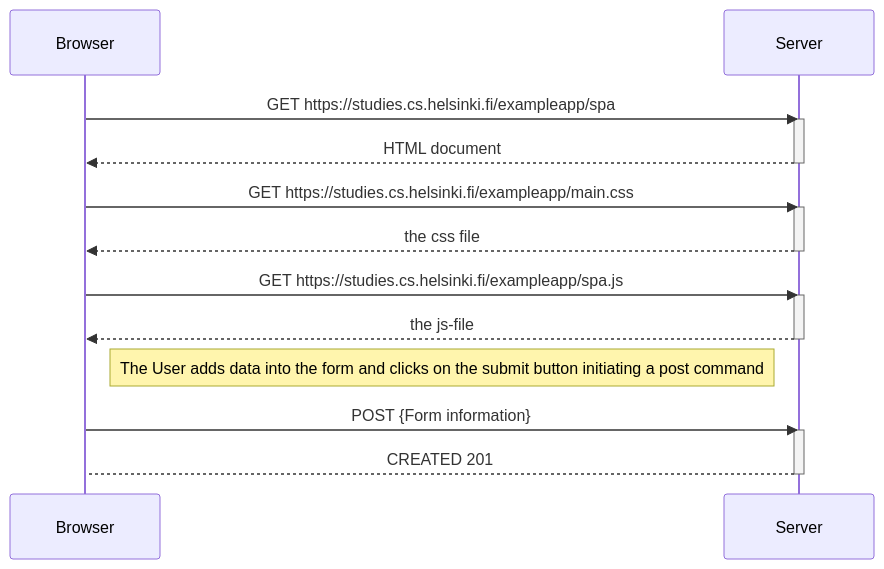
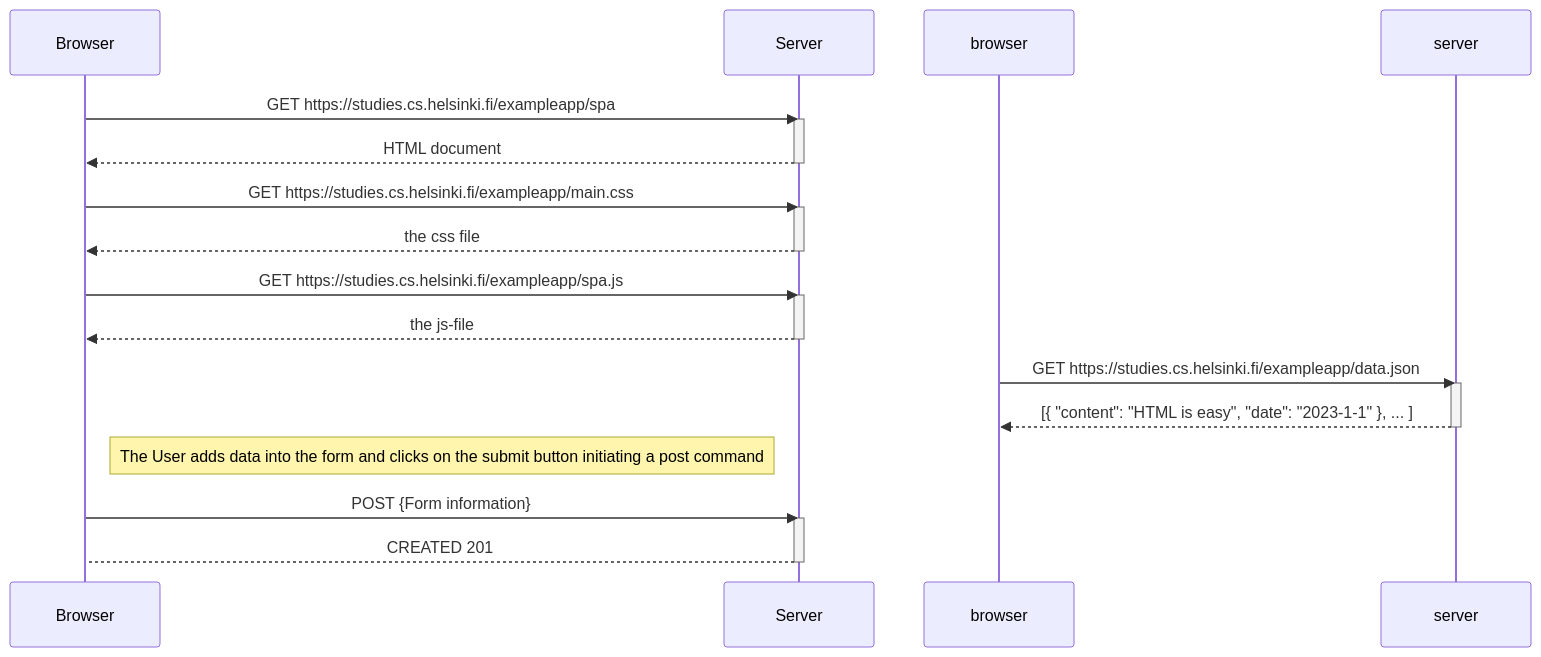
The diagram in 0.6Kaavio.md (seculoseculorum/FullStack_Osa0), drawn with Mermaid before and after one commit.

````diff
--- a/0.6Kaavio.md
+++ b/0.6Kaavio.md
@@ -1,27 +1,33 @@
 ```mermaid
 sequenceDiagram
     participant Browser
     participant Server
     
     Browser->>Server: GET https://studies.cs.helsinki.fi/exampleapp/spa
     activate Server
     Server-->>Browser: HTML document
     deactivate Server
     
     Browser->>Server: GET https://studies.cs.helsinki.fi/exampleapp/main.css
     activate Server
     Server-->>Browser: the css file
     deactivate Server
 
     Browser->>Server: GET https://studies.cs.helsinki.fi/exampleapp/spa.js
     activate Server
     Server-->>Browser: the js-file
     deactivate Server
 
+    browser->>server: GET https://studies.cs.helsinki.fi/exampleapp/data.json
+    activate server
+    server-->>browser: [{ "content": "HTML is easy", "date": "2023-1-1" }, ... ]
+    deactivate server    
+    
+
     Note right of Browser: The User adds data into the form and clicks on the submit button initiating a post command
 
     Browser->>Server: POST {Form information}
     activate Server
     Server-->Browser: CREATED 201
     deactivate Server 
 ```
````
